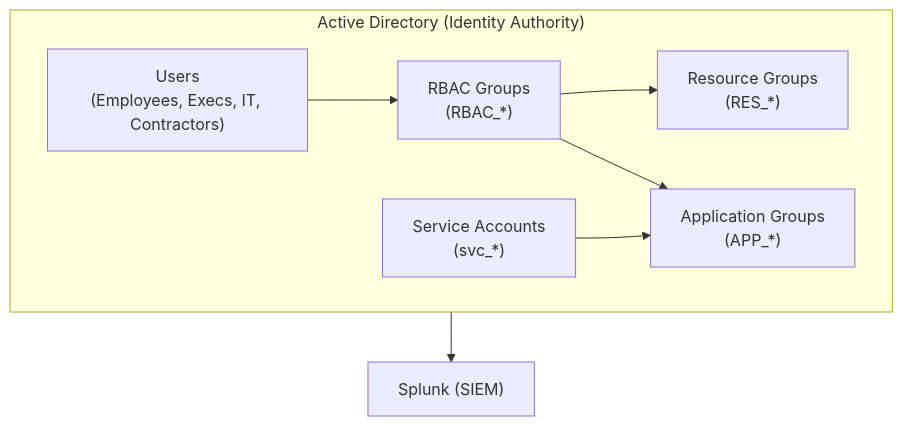
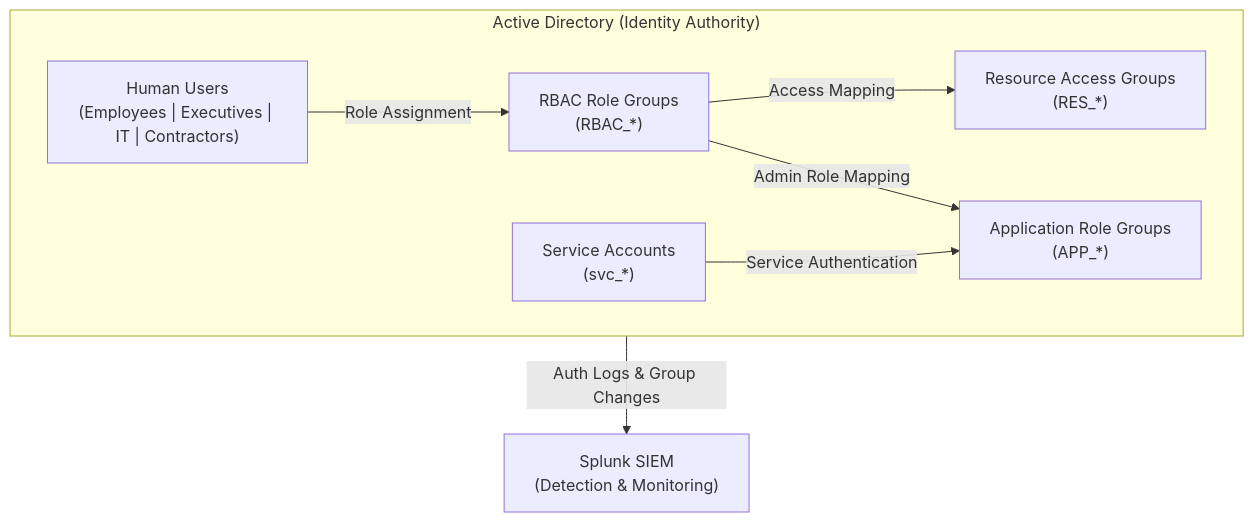
The diagram in identity-access-management/IAM-topology.md (espcarlo27-byte/jce-cyber-lab), drawn with Mermaid before and after one commit. The commit also changed other lines of this file, not shown here.

````diff
--- a/identity-access-management/IAM-topology.md
+++ b/identity-access-management/IAM-topology.md
@@ -3,18 +5,19 @@
 ```mermaid
 flowchart TB
+
   subgraph AD["Active Directory (Identity Authority)"]
-    Users["Users\n(Employees, Execs, IT, Contractors)"]
+    Users["Human Users\n(Employees | Executives | IT | Contractors)"]
     Svc["Service Accounts\n(svc_*)"]
-    RBAC["RBAC Groups\n(RBAC_*)"]
-    APP["Application Groups\n(APP_*)"]
-    RES["Resource Groups\n(RES_*)"]
+    RBAC["RBAC Role Groups\n(RBAC_*)"]
+    APP["Application Role Groups\n(APP_*)"]
+    RES["Resource Access Groups\n(RES_*)"]
   end
 
-  Users --> RBAC
-  RBAC --> RES
-  RBAC --> APP
-  Svc --> APP
+  Users -->|Role Assignment| RBAC
+  RBAC -->|Access Mapping| RES
+  RBAC -->|Admin Role Mapping| APP
+  Svc -->|Service Authentication| APP
 
-  SIEM["Splunk (SIEM)"]
-  AD --> SIEM
+  SIEM["Splunk SIEM\n(Detection & Monitoring)"]
+  AD -->|Auth Logs & Group Changes| SIEM
 ```
````
